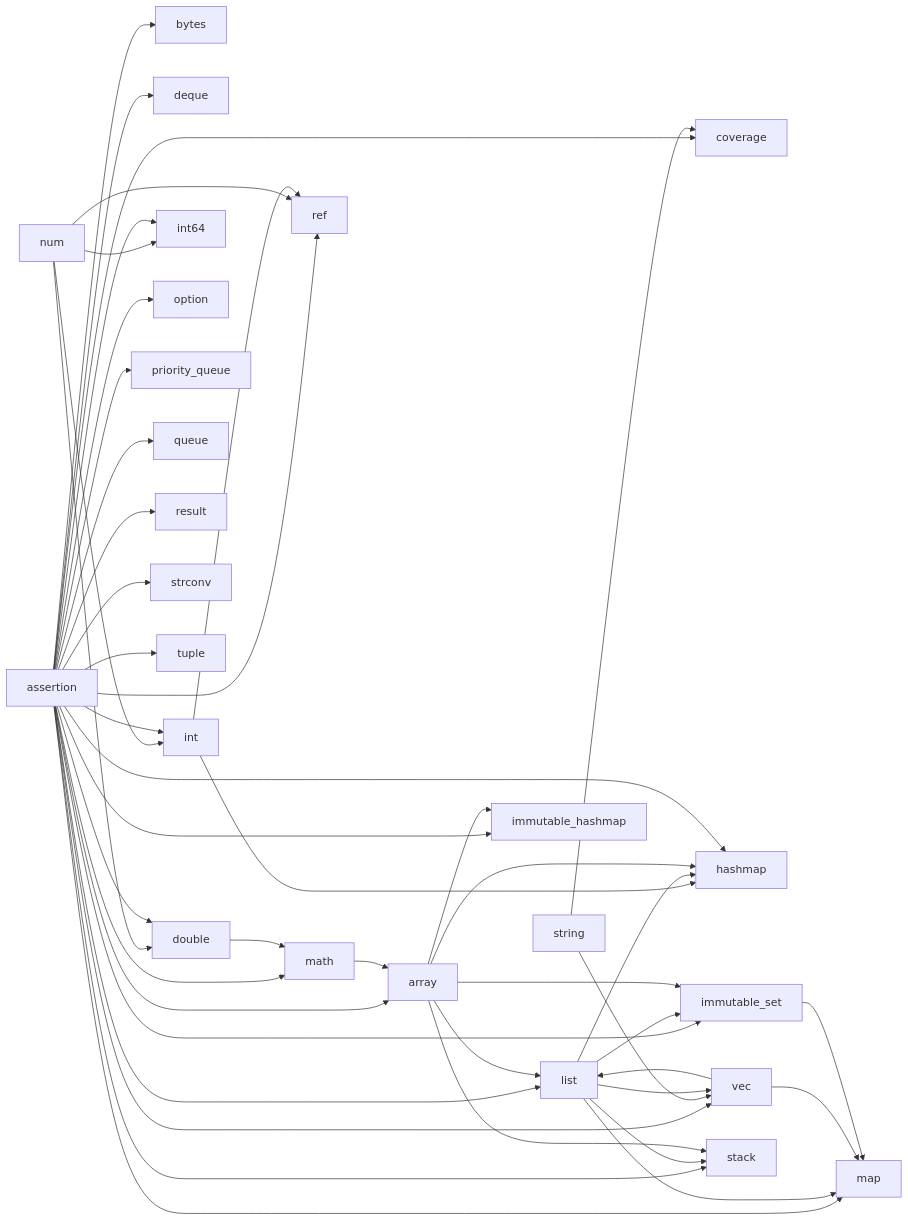
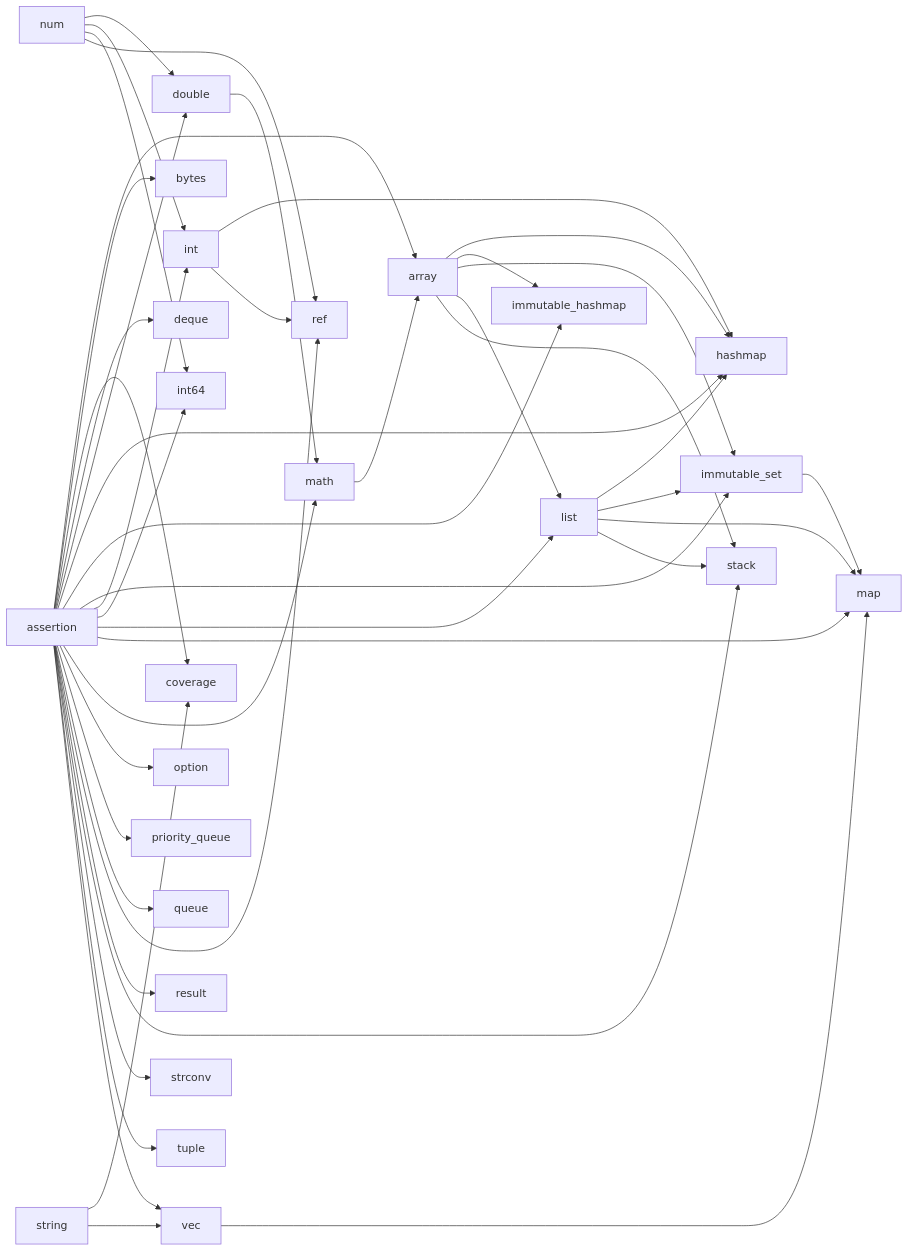
Before and after one commit to Lampese/moonbit-tree: the diagram in README.md, drawn with Mermaid.

Commit message:
doc: fix graph error

````diff
--- a/README.md
+++ b/README.md
@@ -14,48 +14,46 @@
 ```mermaid
 graph LR
 assertion --> array
 math --> array
 assertion --> bytes
 assertion --> coverage
 string --> coverage
 assertion --> deque
 num --> double
 assertion --> double
 int --> hashmap
 list --> hashmap
 array --> hashmap
 assertion --> hashmap
 assertion --> immutable_hashmap
 array --> immutable_hashmap
 assertion --> immutable_set
 list --> immutable_set
 array --> immutable_set
 num --> int
 assertion --> int
 num --> int64
 assertion --> int64
 assertion --> list
 array --> list
-vec --> list
 assertion --> map
 list --> map
 vec --> map
 immutable_set --> map
 assertion --> math
 double --> math
 assertion --> option
 assertion --> priority_queue
 assertion --> queue
 assertion --> ref
 num --> ref
 int --> ref
 assertion --> result
 assertion --> stack
 list --> stack
 array --> stack
 assertion --> strconv
 assertion --> tuple
 assertion --> vec
 string --> vec
-list --> vec
 ```
````
